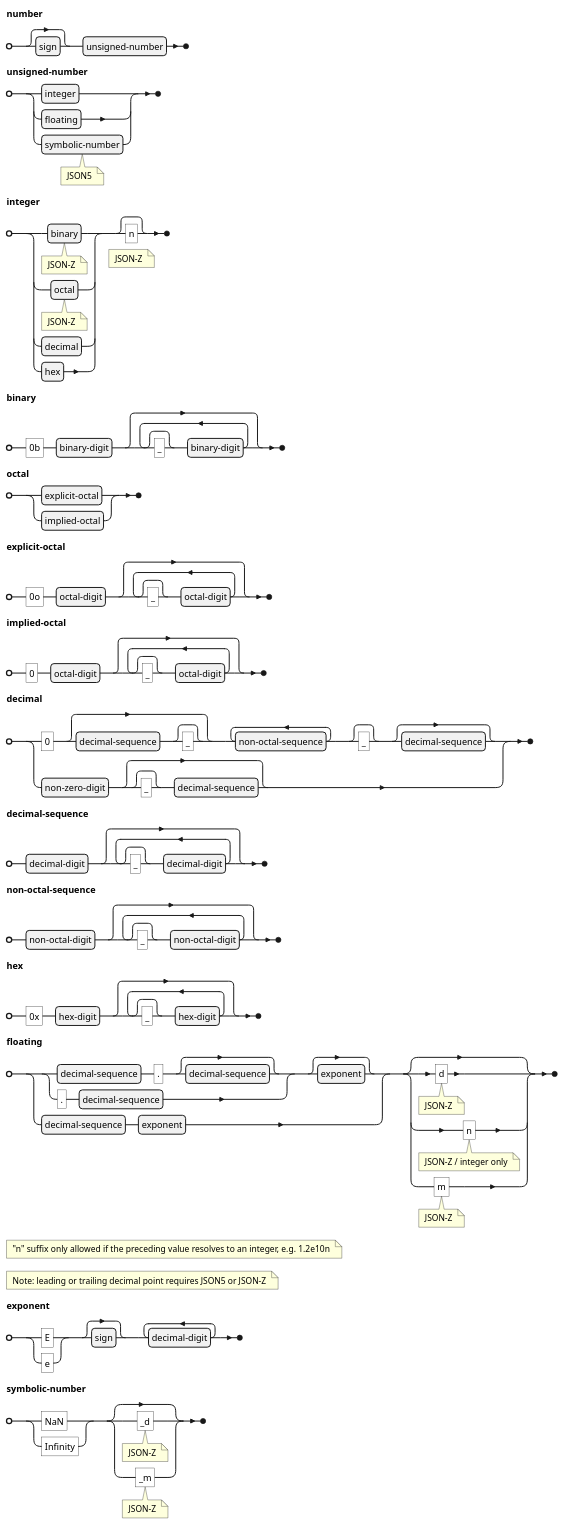
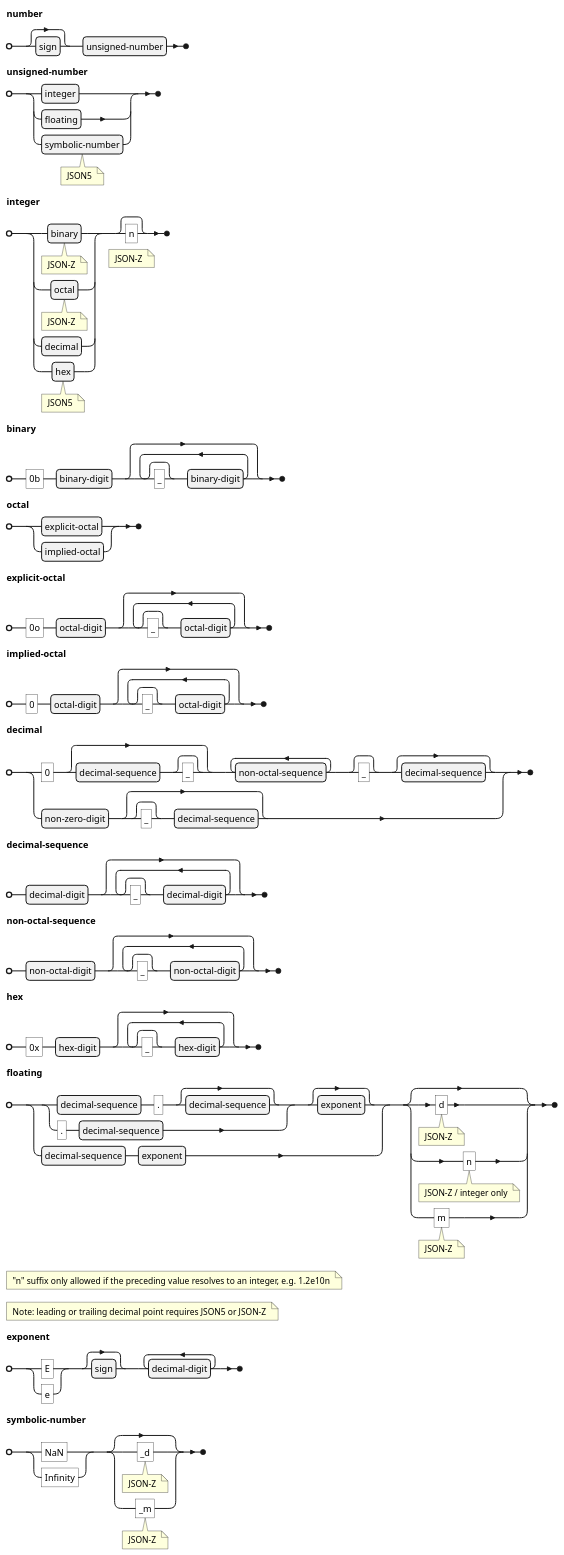
One commit to kshetline/json-z changed the third of 7 diagrams in GRAMMAR.md. Above: the diagram before and after it, drawn with PlantUML. The commit also changed other lines of this file and 4 other files, not shown here.

````diff
--- a/GRAMMAR.md
+++ b/GRAMMAR.md
@@ -93,37 +93,37 @@
 ```plantuml
 @startebnf
 
 number = [sign], unsigned-number ;
 
 unsigned-number = integer | floating | symbolic-number (* JSON5 *) ;
 
-integer = ( binary (* JSON-Z *) | octal (* JSON-Z *) | decimal | hex ), [ "n" ] (* JSON-Z *) ;
+integer = ( binary (* JSON-Z *) | octal (* JSON-Z *) | decimal | hex (* JSON5 *) ), [ "n" ] (* JSON-Z *) ;
 
 binary = "0b", binary-digit, { [ "_" ], binary-digit } ;
 
 octal = explicit-octal | implied-octal ;
 
 explicit-octal = "0o", octal-digit, { [ "_" ], octal-digit } ;
 
 implied-octal = "0", octal-digit, { [ "_" ], octal-digit } ;
 
 decimal = "0", [ decimal-sequence, [ "_" ] ], { non-octal-sequence }-, [ "_" ], [ decimal-sequence ] | non-zero-digit, [ [ "_" ], decimal-sequence ] ;
 
 decimal-sequence = decimal-digit, { [ "_" ], decimal-digit } ;
 
 non-octal-sequence = non-octal-digit, { [ "_" ], non-octal-digit } ;
 
 hex = "0x", hex-digit, { [ "_" ], hex-digit } ;
 
 floating = ( ( ( decimal-sequence, ".", [ decimal-sequence ] | ".", decimal-sequence ), [ exponent ] ) | decimal-sequence, exponent ), [ "d" (* JSON-Z *) | "n" (* JSON-Z / integer only *) | "m" (* JSON-Z *) ] ;
 
 (* "n" suffix only allowed if the preceding value resolves to an integer, e.g. 1.2e10n *)
 
 (* Note: leading or trailing decimal point requires JSON5 or JSON-Z *)
 
 exponent = ("E" | 'e'), [ sign ], { decimal-digit }- ;
 
 symbolic-number = ("NaN" | "Infinity"), [ "_d" (* JSON-Z *) | "_m" (* JSON-Z *) ] ;
 
 @endebnf
 ```
````
